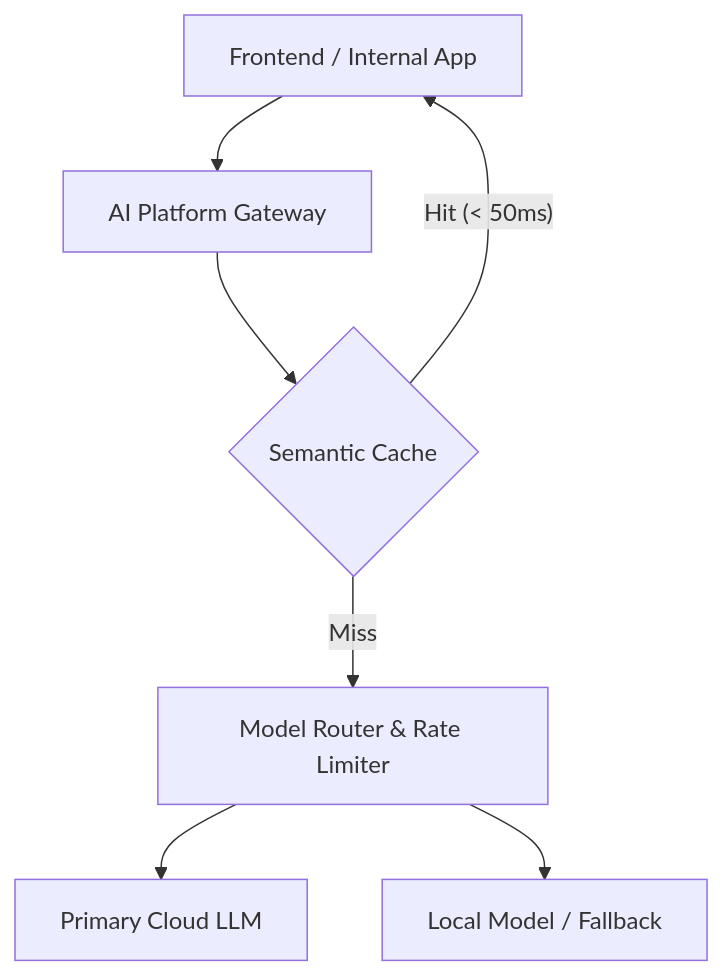
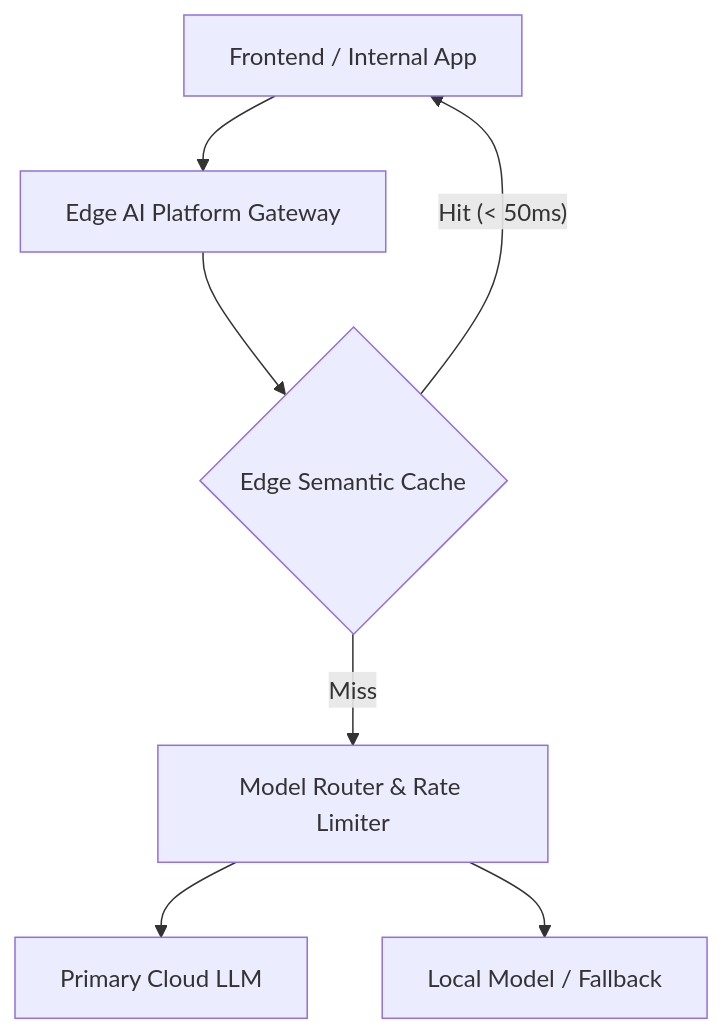
The first of 2 diagrams in content/posts/ai-native-frontend-architecture-predictions-2028.md (vesviet/vesviet), drawn with Mermaid before and after one commit. The commit also changed other lines of this file and 6 other files, not shown here.

````diff
--- a/content/posts/ai-native-frontend-architecture-predictions-2028.md
+++ b/content/posts/ai-native-frontend-architecture-predictions-2028.md
@@ -56,9 +57,9 @@
 ```mermaid
 graph TD
-    Client[Frontend / Internal App] --> Gateway[AI Platform Gateway]
-    Gateway --> Cache{Semantic Cache}
+    Client[Frontend / Internal App] --> Gateway[Edge AI Platform Gateway]
+    Gateway --> Cache{Edge Semantic Cache}
     Cache -- "Hit (< 50ms)" --> Client
     Cache -- "Miss" --> Router[Model Router & Rate Limiter]
     Router --> Primary[Primary Cloud LLM]
     Router --> Local[Local Model / Fallback]
 ```
````
